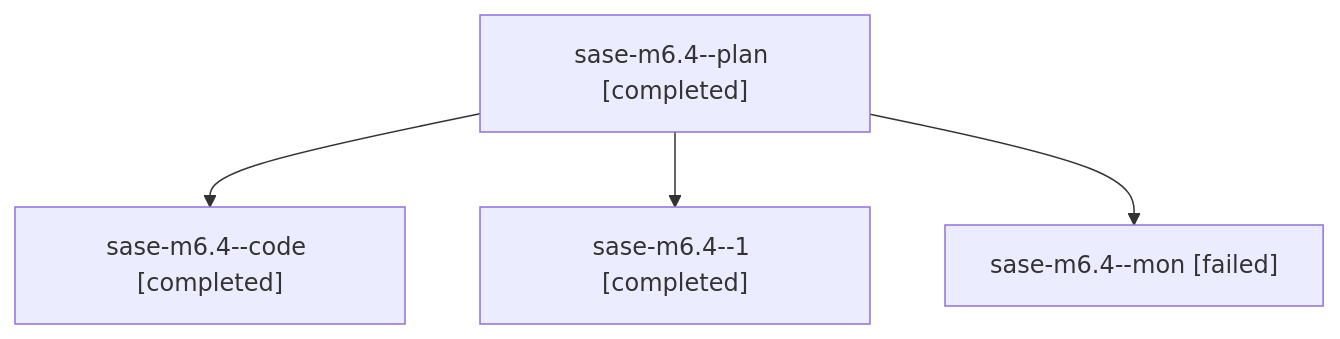
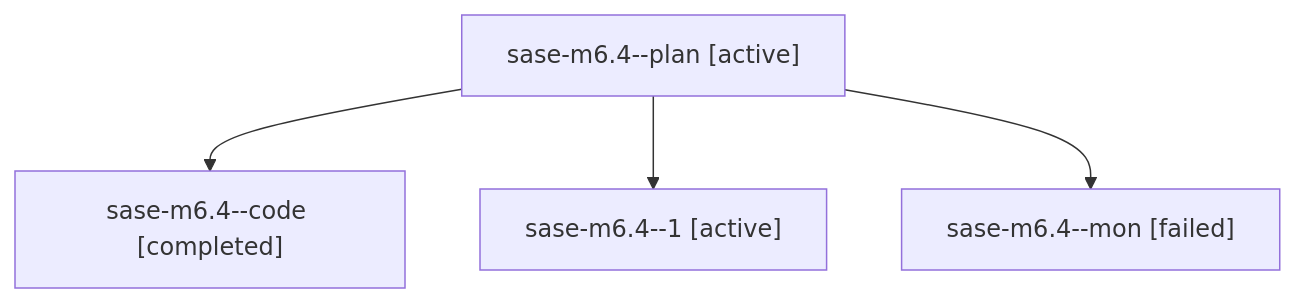
Before and after one commit to sase-org/sase--agents: the diagram in families/bbugyi200.athena.sase-m6.4.md, drawn with Mermaid. The commit also changed other lines of this file and 35830 other files, not shown here.

````diff
--- a/families/bbugyi200.athena.sase-m6.4.md
+++ b/families/bbugyi200.athena.sase-m6.4.md
@@ -9,10 +9,10 @@
 ```mermaid
 flowchart TD
-  n0["sase-m6.4--plan [completed]"]
+  n0["sase-m6.4--plan [active]"]
   n1["sase-m6.4--code [completed]"]
   n0 --> n1
-  n2["sase-m6.4--1 [completed]"]
+  n2["sase-m6.4--1 [active]"]
   n0 --> n2
   n3["sase-m6.4--mon [failed]"]
   n0 --> n3
 ```
````
